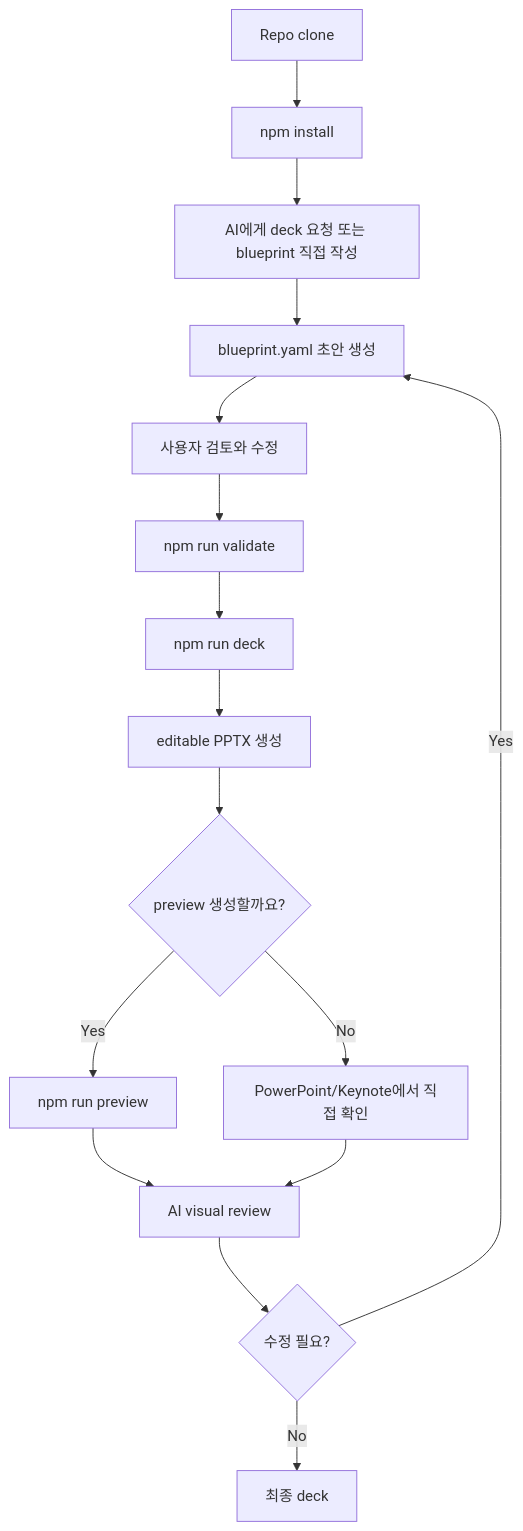
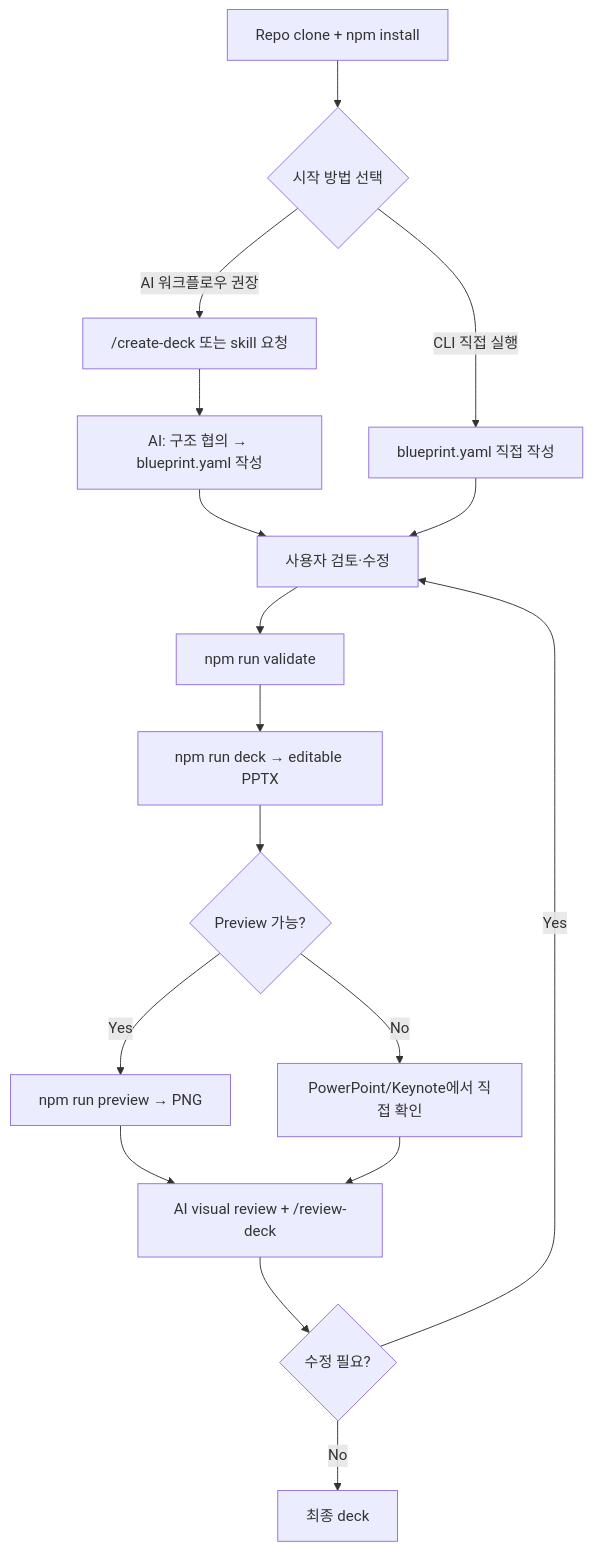
The diagram in docs/USER-MANUAL.md (kyungseo/ai-deck-compiler), drawn with Mermaid before and after one commit. The commit also changed other lines of this file and 3 other files, not shown here.

First line of the commit message:
docs: AI 워크플로우 vs CLI 직접 실행 경로 분리 + architecture zone 주석 (#10)

````diff
--- a/docs/USER-MANUAL.md
+++ b/docs/USER-MANUAL.md
@@ -27,18 +27,19 @@
 ```mermaid
 flowchart TD
-  A["Repo clone"] --> B["npm install"]
-  B --> C["AI에게 deck 요청 또는 blueprint 직접 작성"]
-  C --> D["blueprint.yaml 초안 생성"]
-  D --> E["사용자 검토와 수정"]
-  E --> F["npm run validate"]
-  F --> G["npm run deck"]
-  G --> H["editable PPTX 생성"]
-  H --> I{"preview 생성할까요?"}
-  I -->|Yes| J["npm run preview"]
+  A["Repo clone + npm install"] --> B{"시작 방법 선택"}
+  B -->|AI 워크플로우 권장| C["/create-deck 또는 skill 요청"]
+  B -->|CLI 직접 실행| D["blueprint.yaml 직접 작성"]
+  C --> E["AI: 구조 협의 → blueprint.yaml 작성"]
+  E --> F["사용자 검토·수정"]
+  D --> F
+  F --> G["npm run validate"]
+  G --> H["npm run deck → editable PPTX"]
+  H --> I{"Preview 가능?"}
+  I -->|Yes| J["npm run preview → PNG"]
   I -->|No| K["PowerPoint/Keynote에서 직접 확인"]
-  J --> L["AI visual review"]
+  J --> L["AI visual review + /review-deck"]
   K --> L
   L --> M{"수정 필요?"}
-  M -->|Yes| D
+  M -->|Yes| F
   M -->|No| N["최종 deck"]
 ```
````
